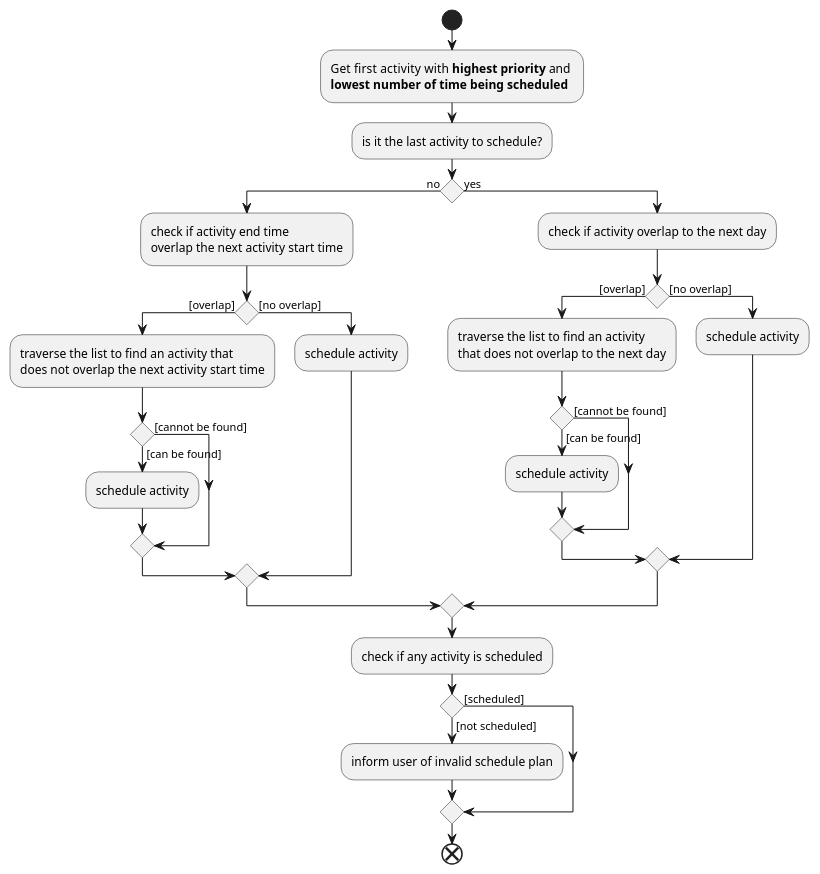
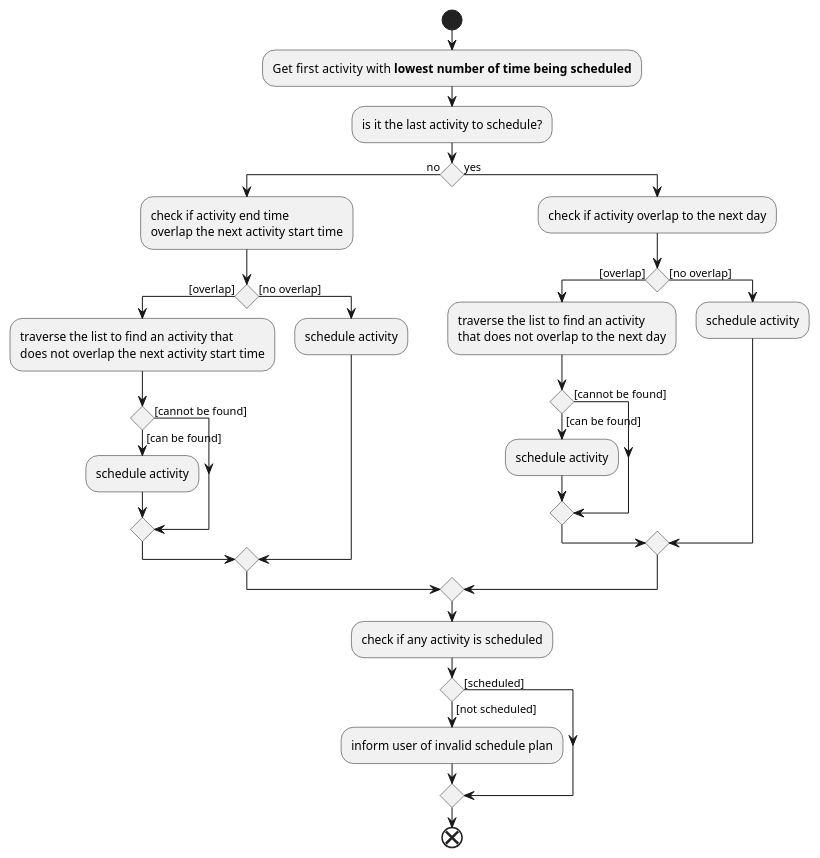
One commit to nus-cs2103-AY1920S1/addressbook-level3 changed the diagram in docs/diagrams/AutoScheduleActivityDiagram3.puml. Above: the diagram before and after it, drawn with PlantUML. The commit also changed 9 other files, not shown here.

```diff
--- a/docs/diagrams/AutoScheduleActivityDiagram3.puml
+++ b/docs/diagrams/AutoScheduleActivityDiagram3.puml
@@ -1,35 +1,35 @@
 @startuml
 start
-:Get first  activity with **highest priority** and \n**lowest number of time being scheduled**;
+:Get first  activity with **lowest number of time being scheduled**;
 
 :is it the last activity to schedule?;
     if() then (no)
        :check if activity end time \noverlap the next activity start time;
               if() then ([overlap])
             :traverse the list to find an activity that \ndoes not overlap the next activity start time;
                       if() then ([can be found])
                                       :schedule activity;
                                   else ([cannot be found])
                                   endif
               else([no overlap])
                   :schedule activity;
               endif
     else (yes)
         :check if activity overlap to the next day;
         if() then ([overlap])
             :traverse the list to find an activity \nthat does not overlap to the next day;
                 if() then ([can be found])
                                 :schedule activity;
                             else ([cannot be found])
                             endif
         else([no overlap])
             :schedule activity;
         endif
     endif;
     :check if any activity is scheduled;
         if() then ([not scheduled])
             :inform user of invalid schedule plan;
         else([scheduled])
         endif
 end
 @enduml
```
